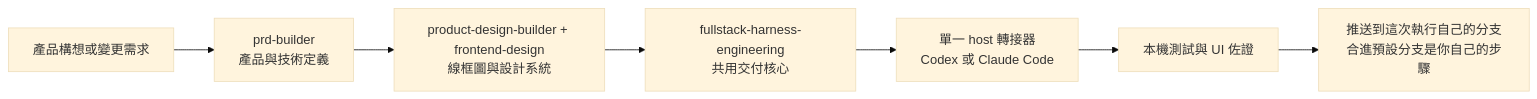
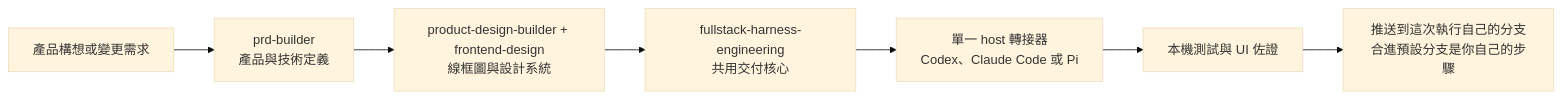
The first of 2 diagrams in README.zh-TW.md (Phlegonlabs/product-delivery-harness), drawn with Mermaid (base theme) before and after one commit. The commit also changed other lines of this file and 66 other files, not shown here.

````diff
--- a/README.zh-TW.md
+++ b/README.zh-TW.md
@@ -67,9 +68,9 @@
 ```mermaid
 flowchart LR
   Idea["產品構想或變更需求"] --> PRD["prd-builder\n產品與技術定義"]
   PRD --> Design["product-design-builder + frontend-design\n線框圖與設計系統"]
   Design --> Harness["fullstack-harness-engineering\n共用交付核心"]
-  Harness --> Runtime["單一 host 轉接器\nCodex 或 Claude Code"]
+  Harness --> Runtime["單一 host 轉接器\nCodex、Claude Code 或 Pi"]
   Runtime --> Evidence["本機測試與 UI 佐證"]
   Evidence --> Push["推送到這次執行自己的分支\n合進預設分支是你自己的步驟"]
 ```
````
